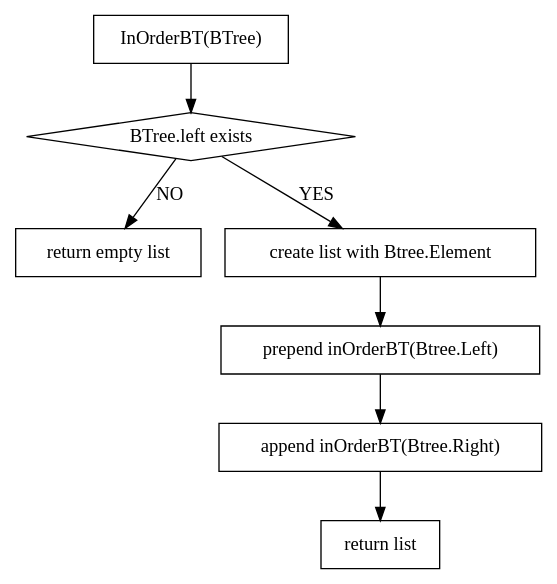
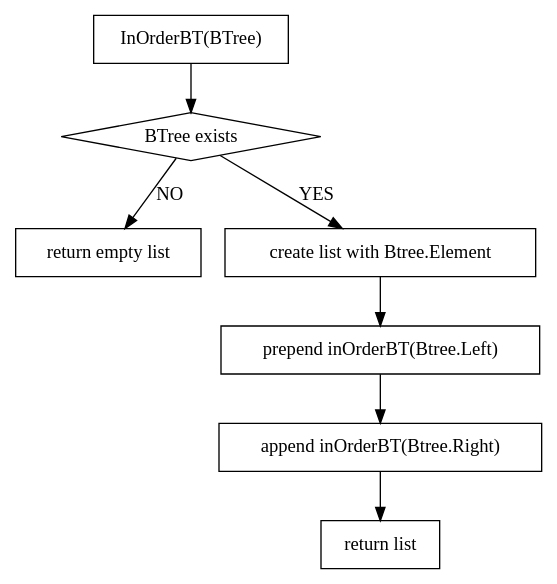
One commit to hugoppp-uni/Algorithmen-und-Datenstrukturen changed the diagram in doc/aufg1/graphViz/inOrderBT_Justin.gv. Above: the diagram before and after it, drawn with Graphviz.

```diff
--- a/doc/aufg1/graphViz/inOrderBT_Justin.gv
+++ b/doc/aufg1/graphViz/inOrderBT_Justin.gv
@@ -1,18 +1,18 @@
 digraph Q {
 
 node [shape = box];
 compound = true;
     a1 [label = "InOrderBT(BTree)"]
     a1 -> a2
-    a2 [label = "BTree.left exists" shape = diamond]
+    a2 [label = "BTree exists" shape = diamond]
     a2 -> a3 [label = NO]
     a3 [label = "return empty list"]
     a4 [label = "create list with Btree.Element"]
     a2 -> a4 [label = YES]
     a5 [label = "prepend inOrderBT(Btree.Left)"]
     a6 [label = "append inOrderBT(Btree.Right)"]
     a4 -> a5
     a5 -> a6
     a6 -> a7
     a7 [label = "return list"]
 }
```
